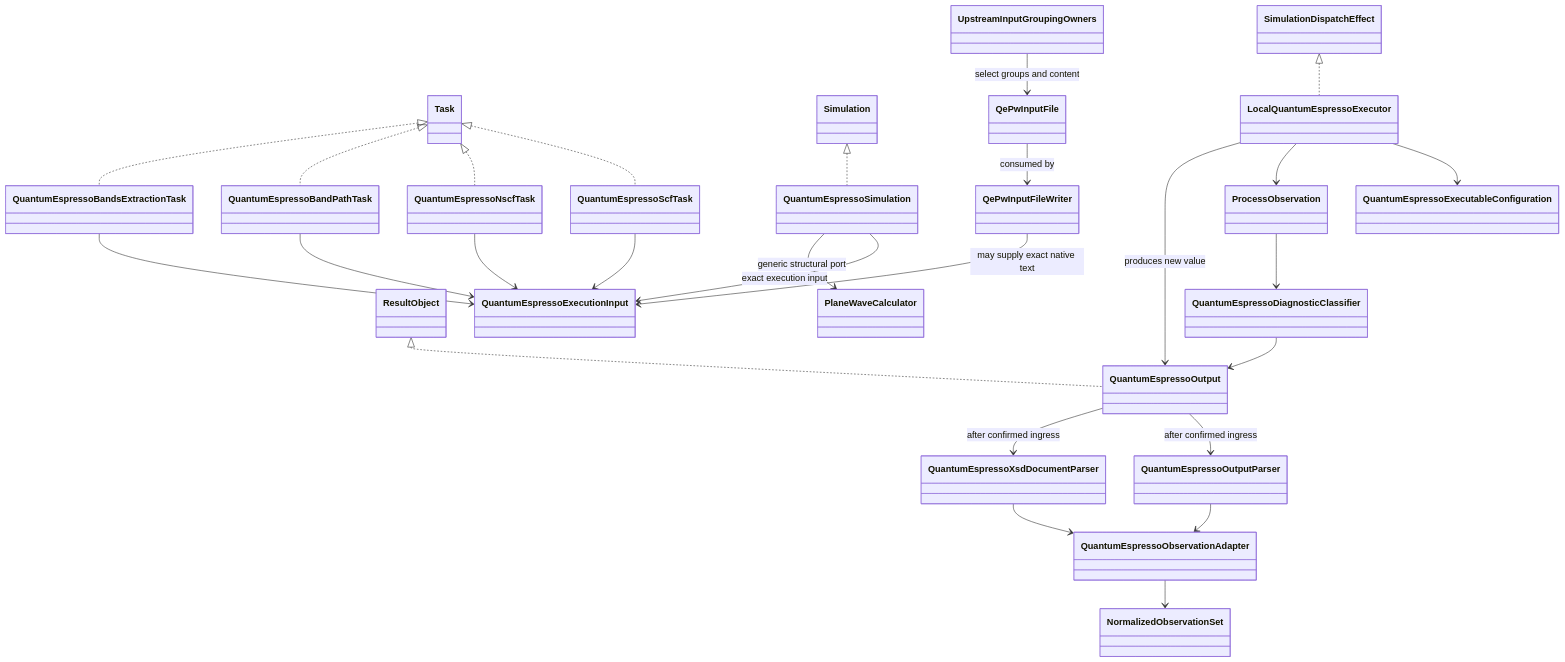
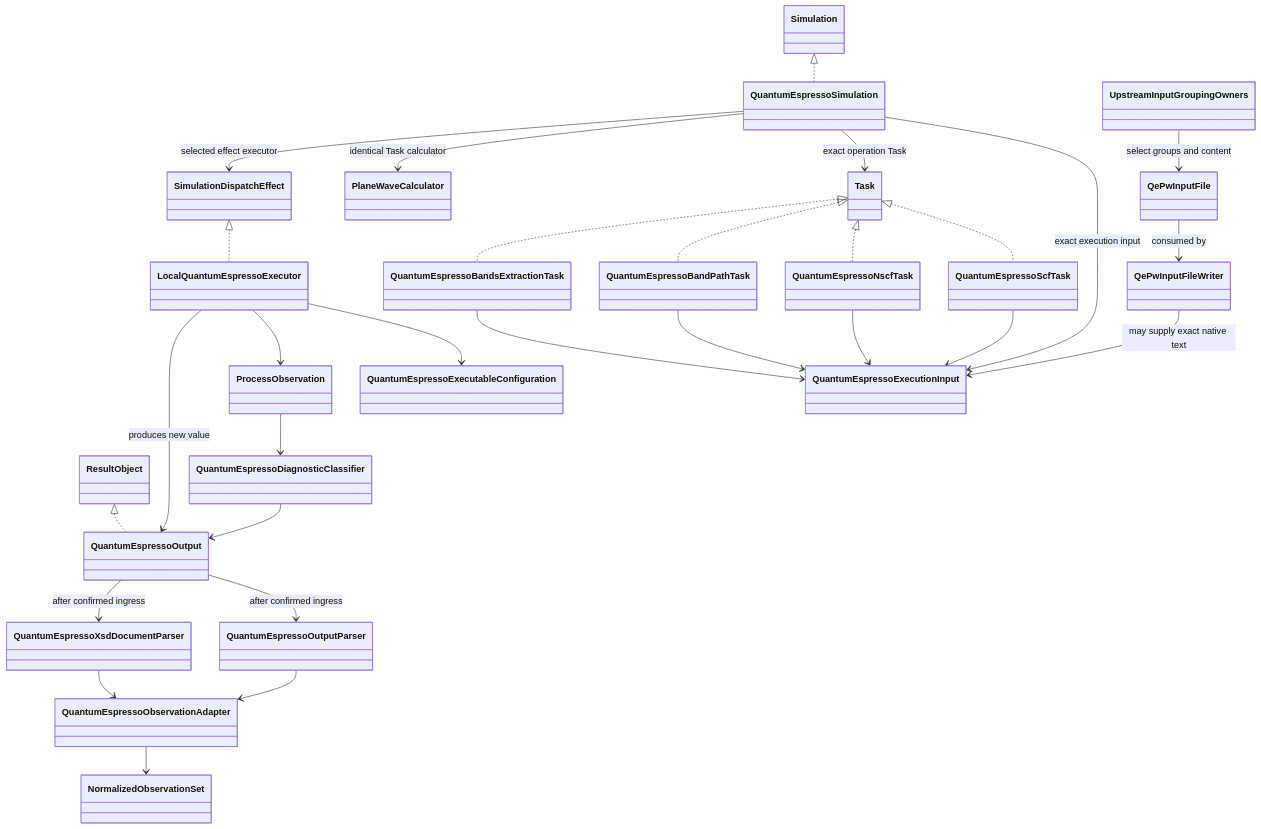
One commit to eragasa/ksdft2effmass changed the first of 2 diagrams in docs/architecture/v2/ksdft2effmass/calculators/quantum-espresso.md. Above: the diagram before and after it, drawn with Mermaid. The commit also changed other lines of this file and 30 other files, not shown here.

Commit message:
Bind QE simulation and executor contracts

````diff
--- a/docs/architecture/v2/ksdft2effmass/calculators/quantum-espresso.md
+++ b/docs/architecture/v2/ksdft2effmass/calculators/quantum-espresso.md
@@ -17,53 +20,55 @@
 ```mermaid
 classDiagram
     class Task
     class Simulation
     class ResultObject
     class QuantumEspressoScfTask
     class QuantumEspressoNscfTask
     class QuantumEspressoBandPathTask
     class QuantumEspressoBandsExtractionTask
     class QuantumEspressoSimulation
     class UpstreamInputGroupingOwners
     class QePwInputFile
     class QePwInputFileWriter
     class QuantumEspressoExecutionInput
     class PlaneWaveCalculator
     class SimulationDispatchEffect
     class LocalQuantumEspressoExecutor
     class QuantumEspressoOutput
     class QuantumEspressoExecutableConfiguration
     class ProcessObservation
     class QuantumEspressoDiagnosticClassifier
     class QuantumEspressoOutputParser
     class QuantumEspressoXsdDocumentParser
     class QuantumEspressoObservationAdapter
     class NormalizedObservationSet
 
     Task <|.. QuantumEspressoScfTask
     Task <|.. QuantumEspressoNscfTask
     Task <|.. QuantumEspressoBandPathTask
     Task <|.. QuantumEspressoBandsExtractionTask
     Simulation <|.. QuantumEspressoSimulation
     QuantumEspressoScfTask --> QuantumEspressoExecutionInput
     QuantumEspressoNscfTask --> QuantumEspressoExecutionInput
     QuantumEspressoBandPathTask --> QuantumEspressoExecutionInput
     QuantumEspressoBandsExtractionTask --> QuantumEspressoExecutionInput
     UpstreamInputGroupingOwners --> QePwInputFile : select groups and content
     QePwInputFile --> QePwInputFileWriter : consumed by
     QePwInputFileWriter --> QuantumEspressoExecutionInput : may supply exact native text
     QuantumEspressoSimulation --> QuantumEspressoExecutionInput : exact execution input
-    QuantumEspressoSimulation --> PlaneWaveCalculator : generic structural port
+    QuantumEspressoSimulation --> Task : exact operation Task
+    QuantumEspressoSimulation --> PlaneWaveCalculator : identical Task calculator
+    QuantumEspressoSimulation --> SimulationDispatchEffect : selected effect executor
     SimulationDispatchEffect <|.. LocalQuantumEspressoExecutor
     LocalQuantumEspressoExecutor --> QuantumEspressoExecutableConfiguration
     LocalQuantumEspressoExecutor --> ProcessObservation
     ProcessObservation --> QuantumEspressoDiagnosticClassifier
     QuantumEspressoDiagnosticClassifier --> QuantumEspressoOutput
     LocalQuantumEspressoExecutor --> QuantumEspressoOutput : produces new value
     ResultObject <|.. QuantumEspressoOutput
     QuantumEspressoOutput --> QuantumEspressoOutputParser : after confirmed ingress
     QuantumEspressoOutput --> QuantumEspressoXsdDocumentParser : after confirmed ingress
     QuantumEspressoOutputParser --> QuantumEspressoObservationAdapter
     QuantumEspressoXsdDocumentParser --> QuantumEspressoObservationAdapter
     QuantumEspressoObservationAdapter --> NormalizedObservationSet
 ```
````
